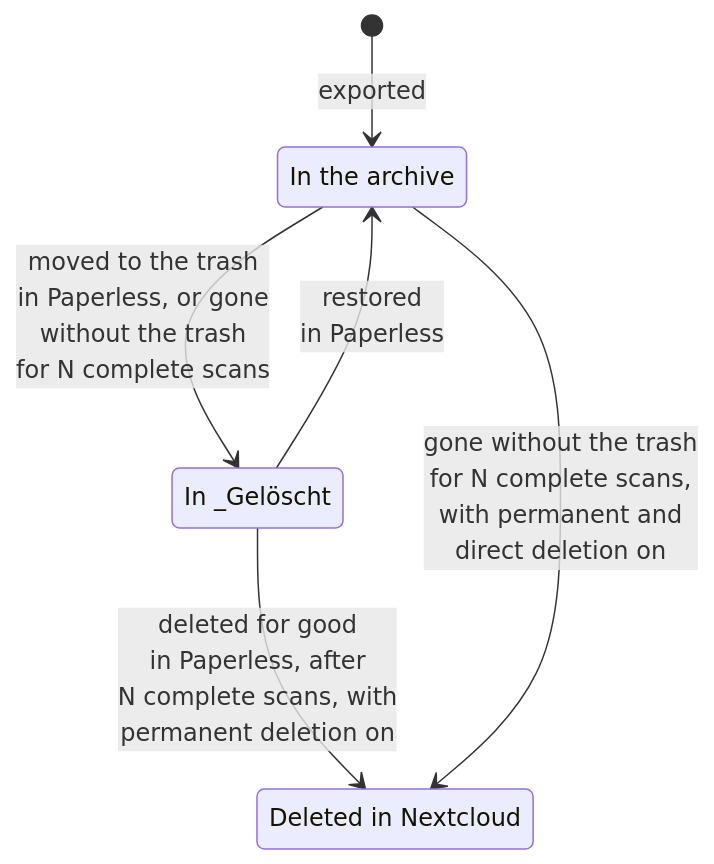
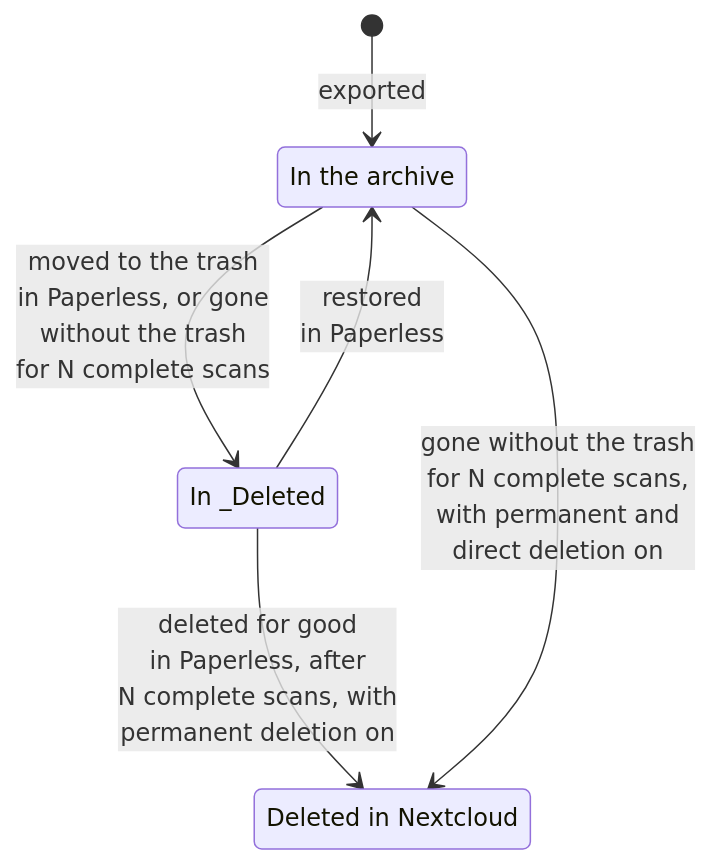
The diagram in docs/diagrams/what-happens-to-the-copy-of-a-document.mmd (Dennis-Otto/paperless-sync), drawn with Mermaid before and after one commit. The commit also changed 66 other files, not shown here.

```diff
--- a/docs/diagrams/what-happens-to-the-copy-of-a-document.mmd
+++ b/docs/diagrams/what-happens-to-the-copy-of-a-document.mmd
@@ -1,12 +1,12 @@
 stateDiagram-v2
     direction TB
     accTitle: What happens to the copy of a document
-    accDescr: An exported document is in the archive. Moved to the trash in Paperless, or gone from Paperless without the trash for N complete scans, its copy moves to _Gelöscht; restored in Paperless, it moves back to the archive. Deleted for good in Paperless, the copy in _Gelöscht is deleted in Nextcloud after N complete scans, when permanent deletion is on. A copy in the archive whose document is gone from Paperless without the trash for N complete scans is deleted directly when permanent and direct deletion are on.
+    accDescr: An exported document is in the archive. Moved to the trash in Paperless, or gone from Paperless without the trash for N complete scans, its copy moves to _Deleted; restored in Paperless, it moves back to the archive. Deleted for good in Paperless, the copy in _Deleted is deleted in Nextcloud after N complete scans, when permanent deletion is on. A copy in the archive whose document is gone from Paperless without the trash for N complete scans is deleted directly when permanent and direct deletion are on.
     state "In the archive" as archive
-    state "In _Gelöscht" as deleted
+    state "In _Deleted" as deleted
     state "Deleted in Nextcloud" as gone
     [*] --> archive: exported
     archive --> deleted: moved to the trash<br>in Paperless, or gone<br>without the trash<br>for N complete scans
     deleted --> archive: restored<br>in Paperless
     deleted --> gone: deleted for good<br>in Paperless, after<br>N complete scans, with<br>permanent deletion on
     archive --> gone: gone without the trash<br>for N complete scans,<br>with permanent and<br>direct deletion on
```
